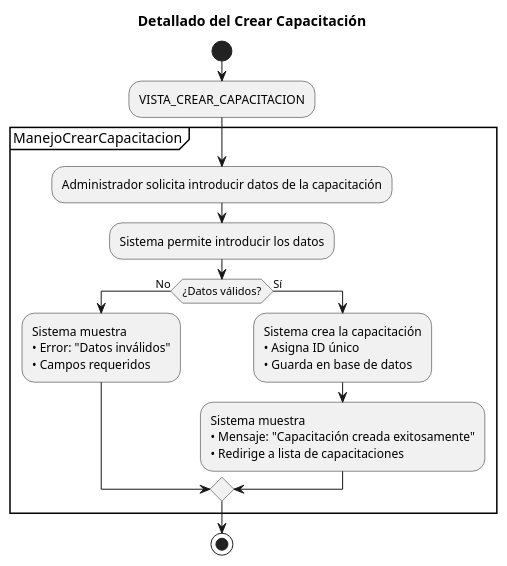
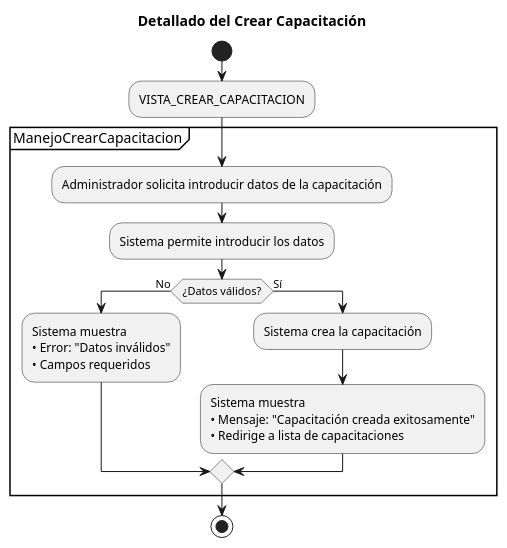
One commit to Dievex/24-25-IdSw1-SDR changed the diagram in casos_de_uso/diagramas_casos_de_uso_detallados/crear_capacitacion.puml. Above: the diagram before and after it, drawn with PlantUML. The commit also changed 2 other files, not shown here.

Commit message:
refactor(use-case-diagrams): simplify use case diagrams by removing implementation details

```diff
--- a/casos_de_uso/diagramas_casos_de_uso_detallados/crear_capacitacion.puml
+++ b/casos_de_uso/diagramas_casos_de_uso_detallados/crear_capacitacion.puml
@@ -1,33 +1,31 @@
 @startuml
 title Detallado del Crear Capacitación
 
 start
 
 :VISTA_CREAR_CAPACITACION;
 
 partition ManejoCrearCapacitacion {
   
   :Administrador solicita introducir datos de la capacitación;
   
   :Sistema permite introducir los datos;
   
   if (¿Datos válidos?) then (No)
     :Sistema muestra
     • Error: "Datos inválidos"
     • Campos requeridos;
     
   else (Sí)
-    :Sistema crea la capacitación
-    • Asigna ID único
-    • Guarda en base de datos;
+    :Sistema crea la capacitación;
     
     :Sistema muestra
     • Mensaje: "Capacitación creada exitosamente"
     • Redirige a lista de capacitaciones;
     
   endif
   
 }
 
 stop
 @enduml
```
